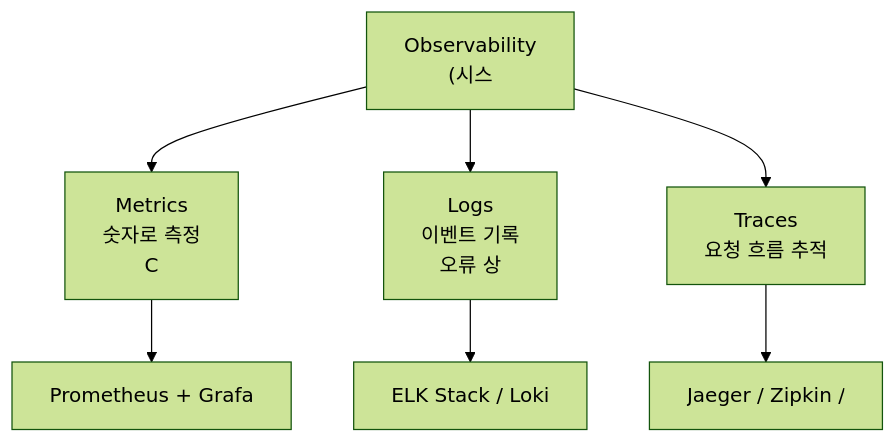
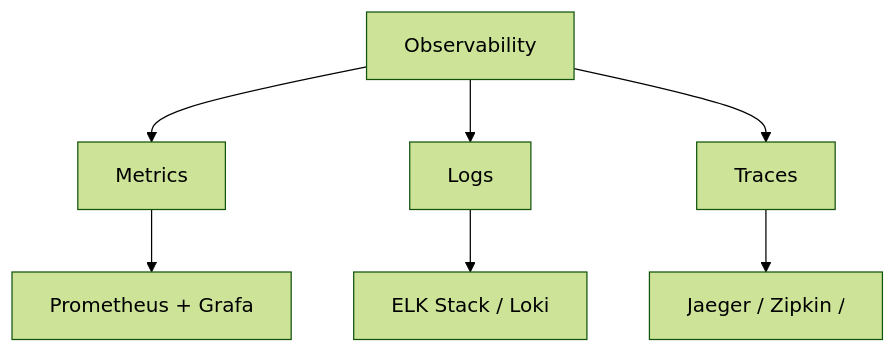
The first of 3 diagrams in _posts/monitoring/2026-05-01-monitoring-tools.md (yjkim2015/yjkim2015.github.io), drawn with Mermaid (forest theme) before and after one commit. The commit also changed other lines of this file and 217 other files, not shown here.

First line of the commit message:
Mermaid 크기 수정: useMaxWidth:true + SVG max-width:100% + 라벨 축소

````diff
--- a/_posts/monitoring/2026-05-01-monitoring-tools.md
+++ b/_posts/monitoring/2026-05-01-monitoring-tools.md
@@ -19,10 +19,10 @@
 ```mermaid
 graph TD
-    OBS["Observability\n(시스"]
-    OBS --> METRICS["Metrics\n숫자로 측정\nC"]
-    OBS --> LOGS["Logs\n이벤트 기록\n오류 상"]
-    OBS --> TRACES["Traces\n요청 흐름 추적\n"]
+    OBS["Observability"]
+    OBS --> METRICS["Metrics"]
+    OBS --> LOGS["Logs"]
+    OBS --> TRACES["Traces"]
     METRICS --> PROM["Prometheus + Grafa"]
     LOGS --> ELK["ELK Stack / Loki"]
     TRACES --> JAEGER["Jaeger / Zipkin /"]
 ```
````
